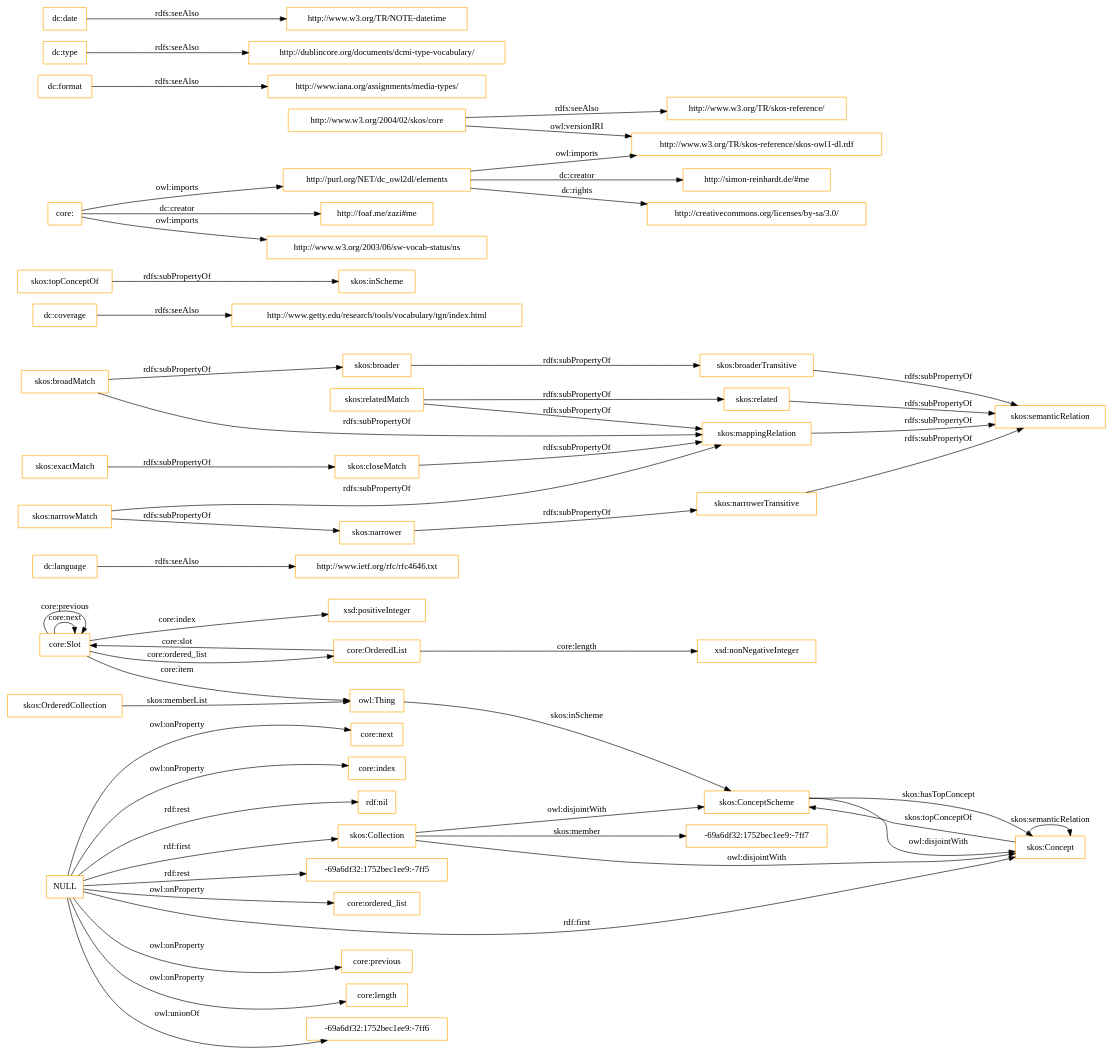
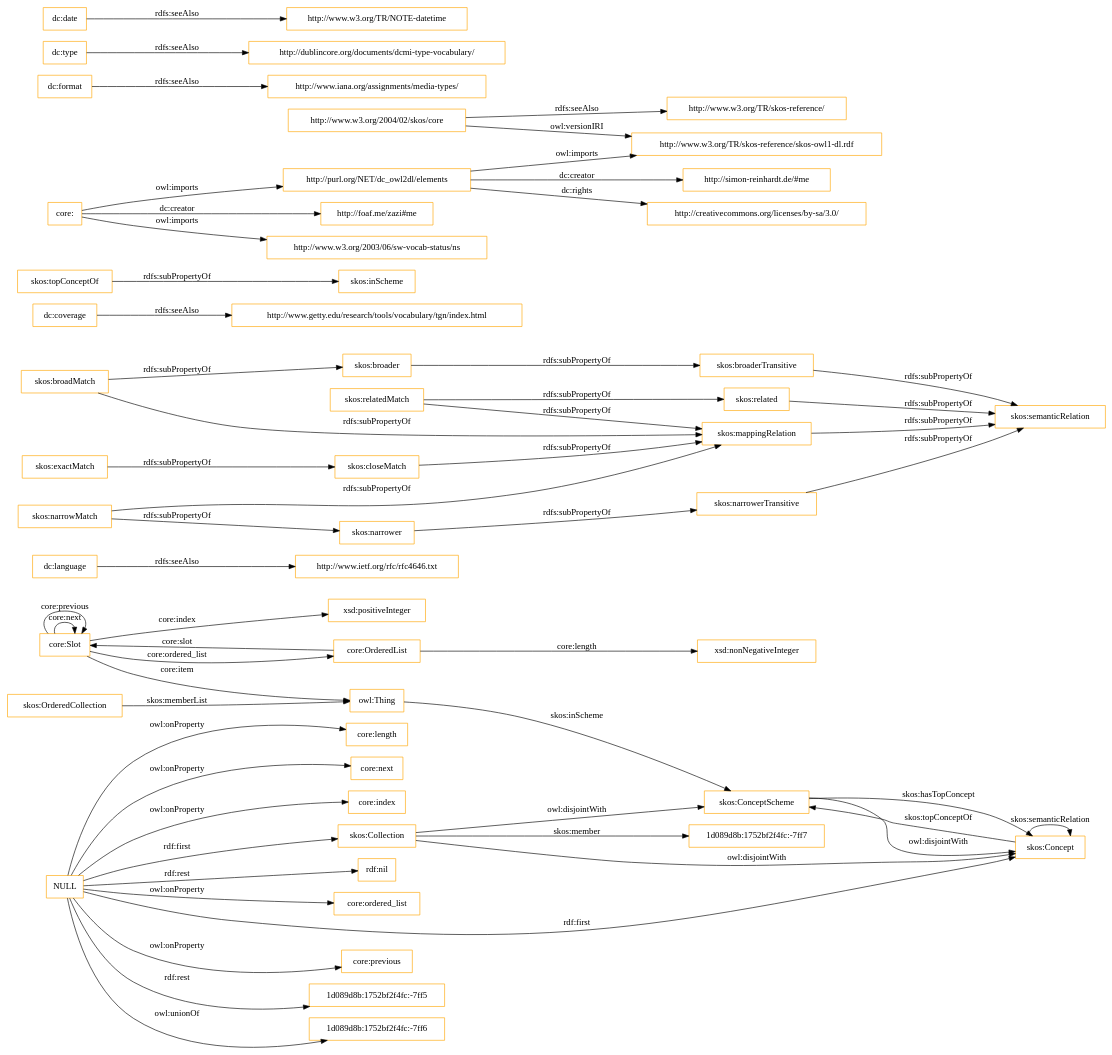
One commit to OnToologyUser/core-ontology-1 changed the diagram in OnToology/imports/core.owl/diagrams/ar2dtool-class/core.owl.png.dot. Above: the diagram before and after it, drawn with Graphviz. The commit also changed 14 other files, not shown here.

```diff
--- a/OnToology/imports/core.owl/diagrams/ar2dtool-class/core.owl.png.dot
+++ b/OnToology/imports/core.owl/diagrams/ar2dtool-class/core.owl.png.dot
@@ -1,60 +1,60 @@
 digraph ar2dtool_diagram { 
 rankdir=LR;
 size="1501"
-node [shape = rectangle, color="orange"]; "core:Slot" "core:OrderedList" "-69a6df32:1752bec1ee9:-7ff7" "skos:OrderedCollection" "skos:Collection" "skos:ConceptScheme" "skos:Concept" ; /*classes style*/
+node [shape = rectangle, color="orange"]; "core:Slot" "core:OrderedList" "1d089d8b:1752bf2f4fc:-7ff7" "skos:OrderedCollection" "skos:Collection" "skos:ConceptScheme" "skos:Concept" ; /*classes style*/
 	"dc:language" -> "http://www.ietf.org/rfc/rfc4646.txt" [ label = "rdfs:seeAlso" ];
 	"NULL" -> "core:previous" [ label = "owl:onProperty" ];
+	"NULL" -> "1d089d8b:1752bf2f4fc:-7ff5" [ label = "rdf:rest" ];
+	"NULL" -> "1d089d8b:1752bf2f4fc:-7ff6" [ label = "owl:unionOf" ];
 	"NULL" -> "core:length" [ label = "owl:onProperty" ];
 	"NULL" -> "skos:Concept" [ label = "rdf:first" ];
-	"NULL" -> "-69a6df32:1752bec1ee9:-7ff6" [ label = "owl:unionOf" ];
 	"NULL" -> "core:next" [ label = "owl:onProperty" ];
 	"NULL" -> "core:index" [ label = "owl:onProperty" ];
 	"NULL" -> "rdf:nil" [ label = "rdf:rest" ];
-	"NULL" -> "-69a6df32:1752bec1ee9:-7ff5" [ label = "rdf:rest" ];
 	"NULL" -> "core:ordered_list" [ label = "owl:onProperty" ];
 	"NULL" -> "skos:Collection" [ label = "rdf:first" ];
 	"skos:closeMatch" -> "skos:mappingRelation" [ label = "rdfs:subPropertyOf" ];
 	"dc:coverage" -> "http://www.getty.edu/research/tools/vocabulary/tgn/index.html" [ label = "rdfs:seeAlso" ];
 	"skos:relatedMatch" -> "skos:related" [ label = "rdfs:subPropertyOf" ];
 	"skos:relatedMatch" -> "skos:mappingRelation" [ label = "rdfs:subPropertyOf" ];
 	"skos:ConceptScheme" -> "skos:Concept" [ label = "owl:disjointWith" ];
 	"skos:related" -> "skos:semanticRelation" [ label = "rdfs:subPropertyOf" ];
 	"skos:topConceptOf" -> "skos:inScheme" [ label = "rdfs:subPropertyOf" ];
 	"skos:broadMatch" -> "skos:broader" [ label = "rdfs:subPropertyOf" ];
 	"skos:broadMatch" -> "skos:mappingRelation" [ label = "rdfs:subPropertyOf" ];
 	"http://purl.org/NET/dc_owl2dl/elements" -> "http://www.w3.org/TR/skos-reference/skos-owl1-dl.rdf" [ label = "owl:imports" ];
 	"http://purl.org/NET/dc_owl2dl/elements" -> "http://creativecommons.org/licenses/by-sa/3.0/" [ label = "dc:rights" ];
 	"http://purl.org/NET/dc_owl2dl/elements" -> "http://simon-reinhardt.de/#me" [ label = "dc:creator" ];
 	"skos:exactMatch" -> "skos:closeMatch" [ label = "rdfs:subPropertyOf" ];
 	"dc:format" -> "http://www.iana.org/assignments/media-types/" [ label = "rdfs:seeAlso" ];
 	"core:" -> "http://foaf.me/zazi#me" [ label = "dc:creator" ];
 	"core:" -> "http://www.w3.org/2003/06/sw-vocab-status/ns" [ label = "owl:imports" ];
 	"core:" -> "http://purl.org/NET/dc_owl2dl/elements" [ label = "owl:imports" ];
 	"skos:broaderTransitive" -> "skos:semanticRelation" [ label = "rdfs:subPropertyOf" ];
 	"skos:mappingRelation" -> "skos:semanticRelation" [ label = "rdfs:subPropertyOf" ];
 	"skos:broader" -> "skos:broaderTransitive" [ label = "rdfs:subPropertyOf" ];
 	"dc:type" -> "http://dublincore.org/documents/dcmi-type-vocabulary/" [ label = "rdfs:seeAlso" ];
 	"http://www.w3.org/2004/02/skos/core" -> "http://www.w3.org/TR/skos-reference/skos-owl1-dl.rdf" [ label = "owl:versionIRI" ];
 	"http://www.w3.org/2004/02/skos/core" -> "http://www.w3.org/TR/skos-reference/" [ label = "rdfs:seeAlso" ];
 	"skos:Collection" -> "skos:ConceptScheme" [ label = "owl:disjointWith" ];
 	"skos:Collection" -> "skos:Concept" [ label = "owl:disjointWith" ];
 	"skos:narrowMatch" -> "skos:narrower" [ label = "rdfs:subPropertyOf" ];
 	"skos:narrowMatch" -> "skos:mappingRelation" [ label = "rdfs:subPropertyOf" ];
 	"skos:narrower" -> "skos:narrowerTransitive" [ label = "rdfs:subPropertyOf" ];
 	"dc:date" -> "http://www.w3.org/TR/NOTE-datetime" [ label = "rdfs:seeAlso" ];
 	"skos:narrowerTransitive" -> "skos:semanticRelation" [ label = "rdfs:subPropertyOf" ];
 	"core:Slot" -> "xsd:positiveInteger" [ label = "core:index" ];
 	"skos:Concept" -> "skos:ConceptScheme" [ label = "skos:topConceptOf" ];
 	"core:Slot" -> "owl:Thing" [ label = "core:item" ];
 	"core:OrderedList" -> "xsd:nonNegativeInteger" [ label = "core:length" ];
 	"core:OrderedList" -> "core:Slot" [ label = "core:slot" ];
-	"skos:Collection" -> "-69a6df32:1752bec1ee9:-7ff7" [ label = "skos:member" ];
+	"skos:Collection" -> "1d089d8b:1752bf2f4fc:-7ff7" [ label = "skos:member" ];
 	"core:Slot" -> "core:Slot" [ label = "core:next" ];
 	"skos:ConceptScheme" -> "skos:Concept" [ label = "skos:hasTopConcept" ];
 	"owl:Thing" -> "skos:ConceptScheme" [ label = "skos:inScheme" ];
 	"core:Slot" -> "core:Slot" [ label = "core:previous" ];
 	"skos:OrderedCollection" -> "owl:Thing" [ label = "skos:memberList" ];
 	"skos:Concept" -> "skos:Concept" [ label = "skos:semanticRelation" ];
 	"core:Slot" -> "core:OrderedList" [ label = "core:ordered_list" ];
 
 }
```
